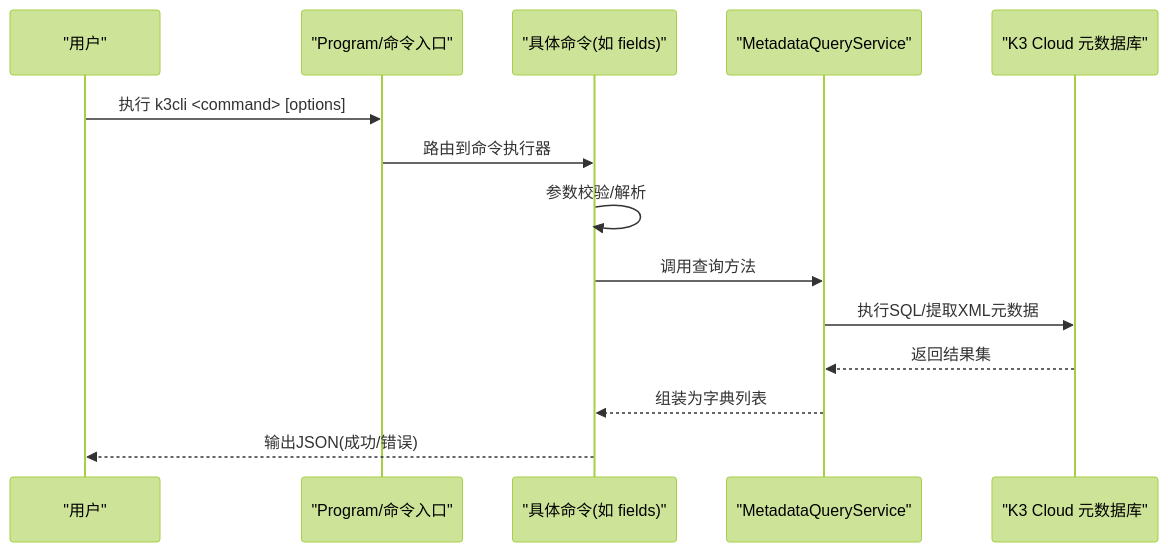
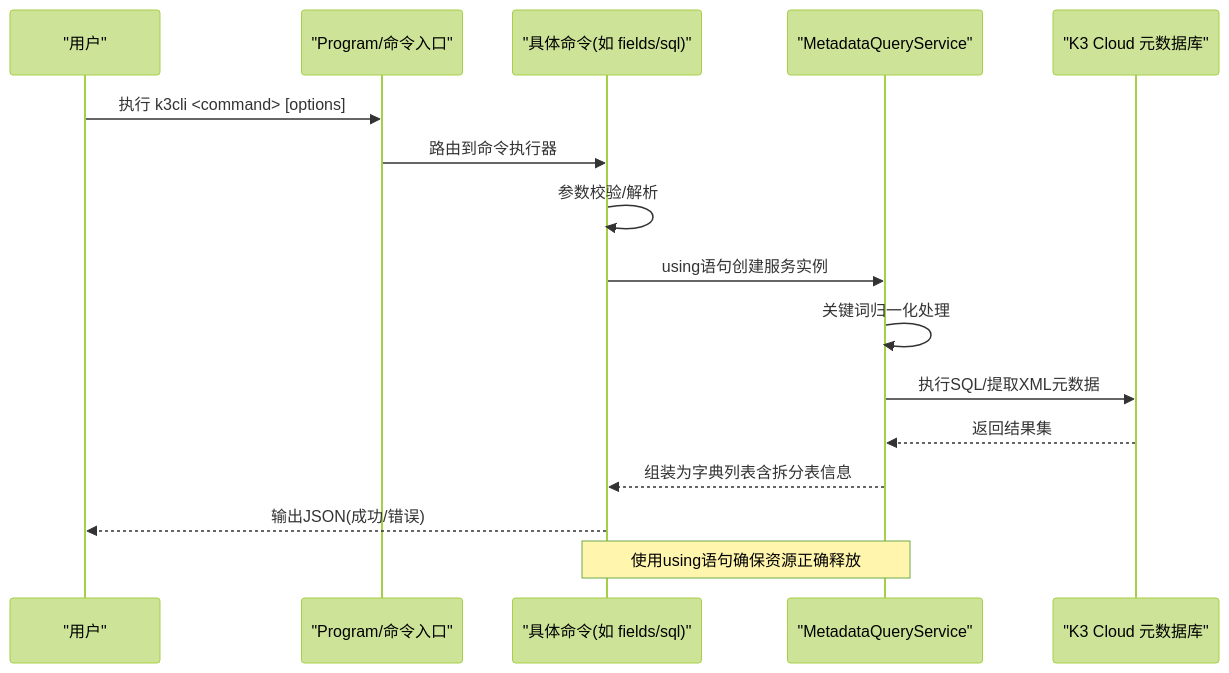
Before and after one commit to 15980282969/K3CloudDataDictionary: the second of 3 diagrams in .qoder/repowiki/zh/content/命令行工具/命令功能详解/命令功能详解.md, drawn with Mermaid (forest theme). The commit also changed other lines of this file and 1 other file, not shown here.

````diff
--- a/.qoder/repowiki/zh/content/命令行工具/命令功能详解/命令功能详解.md
+++ b/.qoder/repowiki/zh/content/命令行工具/命令功能详解/命令功能详解.md
@@ -103,16 +127,18 @@
 ```mermaid
 sequenceDiagram
 participant U as "用户"
 participant P as "Program/命令入口"
-participant C as "具体命令(如 fields)"
+participant C as "具体命令(如 fields/sql)"
 participant S as "MetadataQueryService"
 participant DB as "K3 Cloud 元数据库"
 U->>P : 执行 k3cli <command> [options]
 P->>C : 路由到命令执行器
 C->>C : 参数校验/解析
-C->>S : 调用查询方法
+C->>S : using语句创建服务实例
+S->>S : 关键词归一化处理
 S->>DB : 执行SQL/提取XML元数据
 DB-->>S : 返回结果集
-S-->>C : 组装为字典列表
+S-->>C : 组装为字典列表含拆分表信息
 C-->>U : 输出JSON(成功/错误)
+Note over C,S : 使用using语句确保资源正确释放
 ```
````
